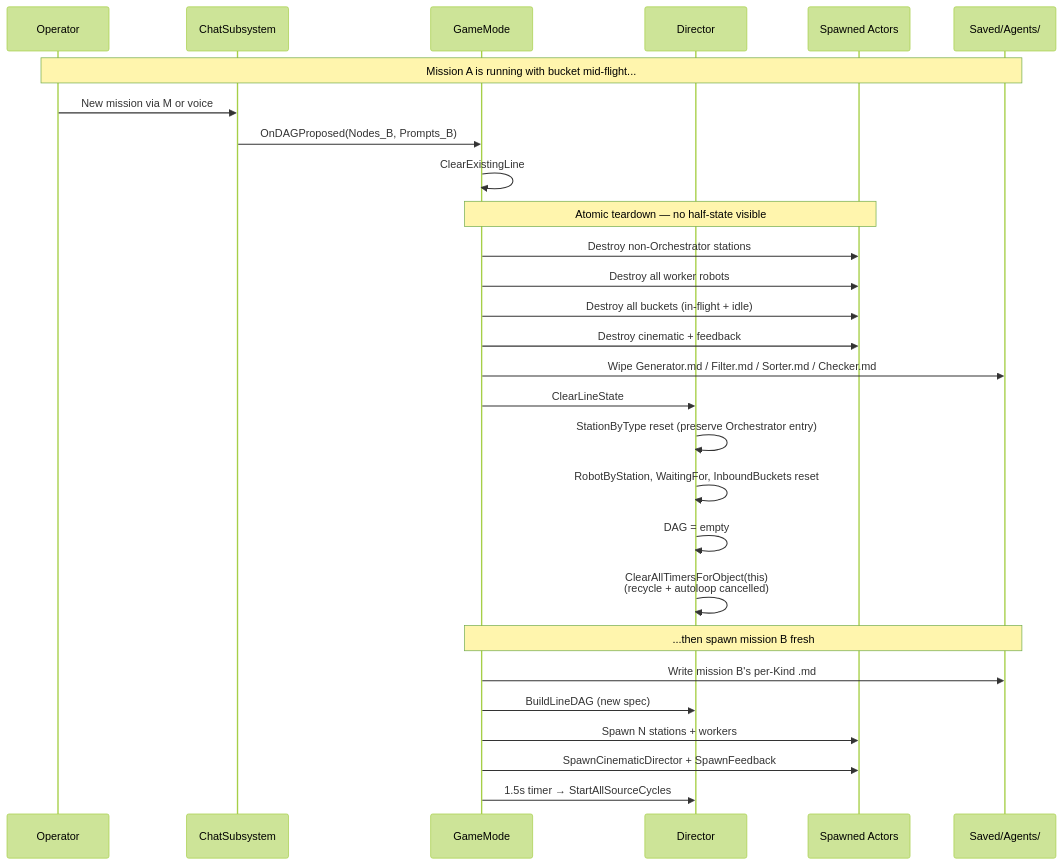
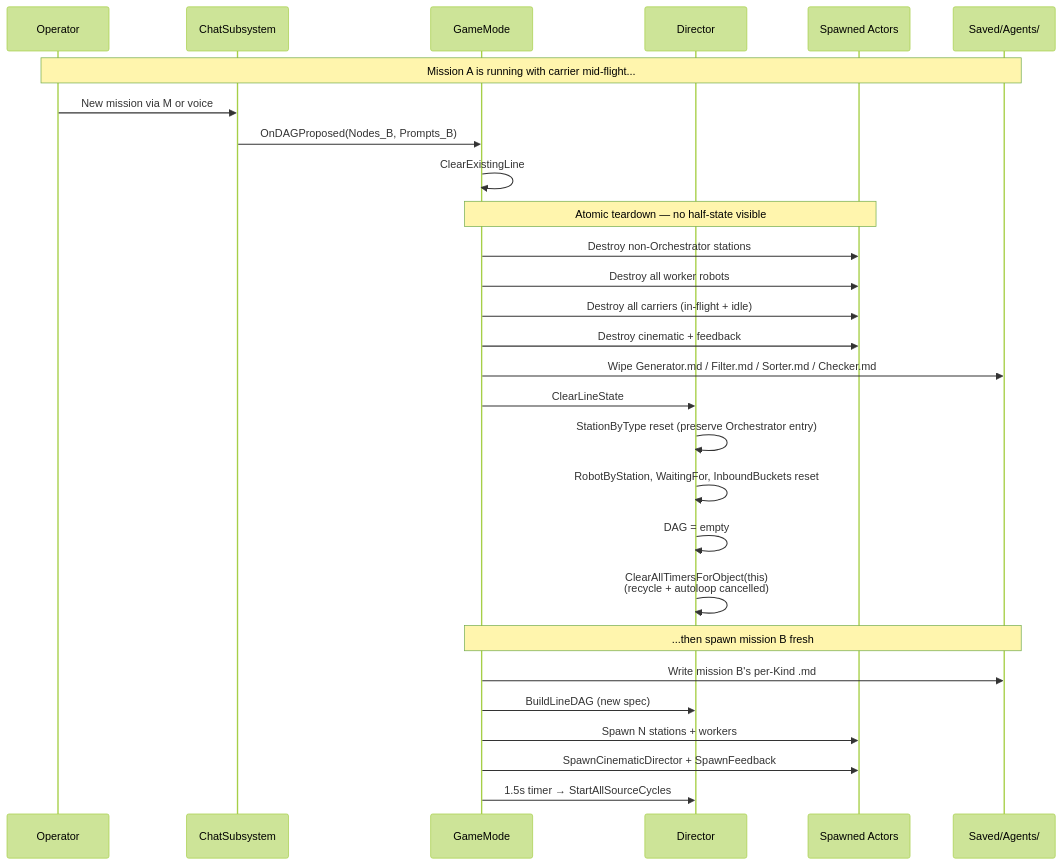
The eighth of 14 diagrams in README.md (eyupgurel/AssemblyLineSimul), drawn with Mermaid (forest theme) before and after one commit. The commit also changed other lines of this file and 2 other files, not shown here.

First line of the commit message:
Docs: replace colloquial 'bucket' with 'carrier' in prose throughout

````diff
--- a/README.md
+++ b/README.md
@@ -843,35 +843,35 @@
 ```mermaid
 sequenceDiagram
   participant Op as Operator
   participant Chat as ChatSubsystem
   participant GM as GameMode
   participant Dir as Director
   participant World as Spawned Actors
   participant FS as Saved/Agents/
 
-  Note over Op,FS: Mission A is running with bucket mid-flight...
+  Note over Op,FS: Mission A is running with carrier mid-flight...
 
   Op->>Chat: New mission via M or voice
   Chat->>GM: OnDAGProposed(Nodes_B, Prompts_B)
   GM->>GM: ClearExistingLine
 
   Note over GM,World: Atomic teardown — no half-state visible
   GM->>World: Destroy non-Orchestrator stations
   GM->>World: Destroy all worker robots
-  GM->>World: Destroy all buckets (in-flight + idle)
+  GM->>World: Destroy all carriers (in-flight + idle)
   GM->>World: Destroy cinematic + feedback
   GM->>FS: Wipe Generator.md / Filter.md / Sorter.md / Checker.md
 
   GM->>Dir: ClearLineState
   Dir->>Dir: StationByType reset (preserve Orchestrator entry)
   Dir->>Dir: RobotByStation, WaitingFor, InboundBuckets reset
   Dir->>Dir: DAG = empty
   Dir->>Dir: ClearAllTimersForObject(this)<br/>(recycle + autoloop cancelled)
 
   Note over GM,FS: ...then spawn mission B fresh
   GM->>FS: Write mission B's per-Kind .md
   GM->>Dir: BuildLineDAG (new spec)
   GM->>World: Spawn N stations + workers
   GM->>World: SpawnCinematicDirector + SpawnFeedback
   GM->>Dir: 1.5s timer → StartAllSourceCycles
 ```
````
